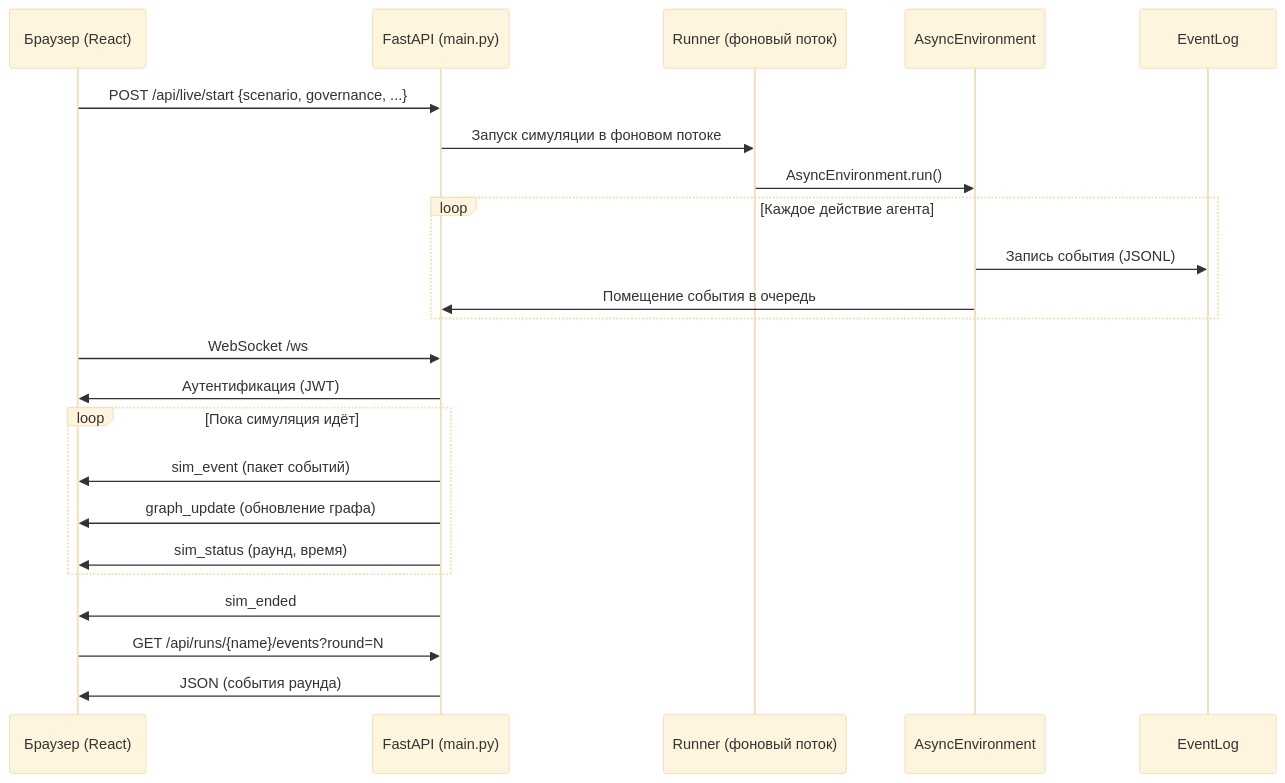
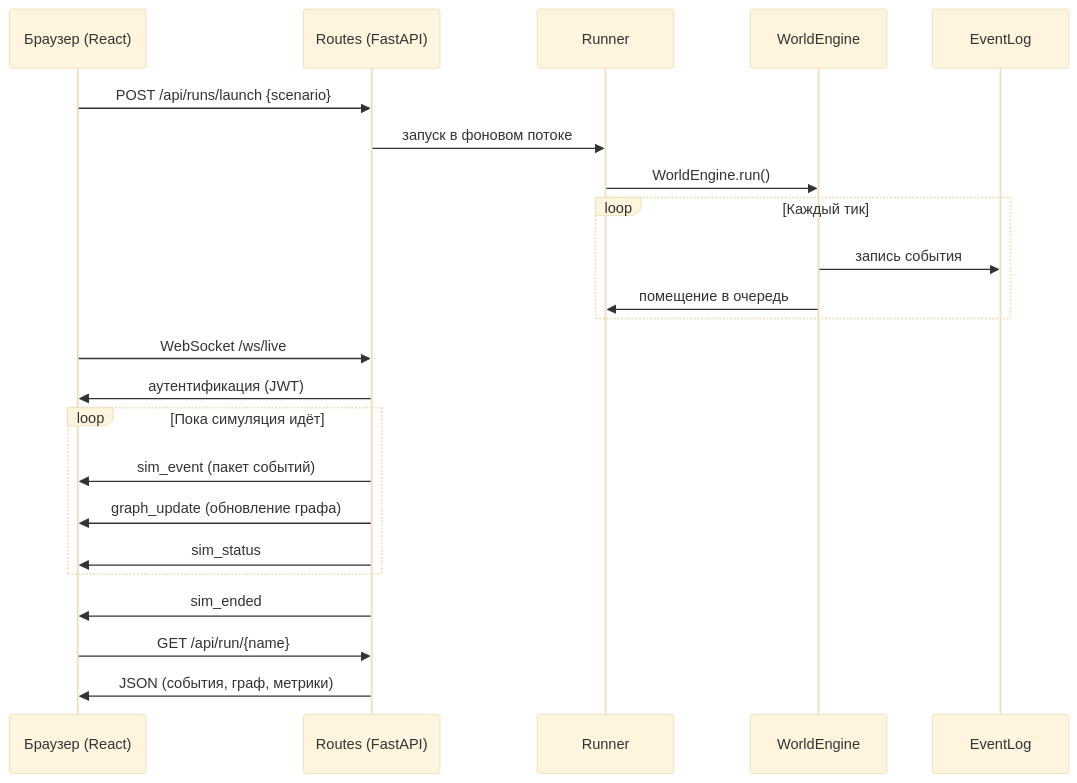
Before and after one commit to gliseop/SPHERE: the third of 3 diagrams in docs/architecture_guide.md, drawn with Mermaid (base theme). The commit also changed other lines of this file and 9 other files, not shown here.

````diff
--- a/docs/architecture_guide.md
+++ b/docs/architecture_guide.md
@@ -150,31 +162,31 @@
 ```mermaid
 sequenceDiagram
     participant Б as Браузер (React)
-    participant С as FastAPI (main.py)
-    participant Р as Runner (фоновый поток)
-    participant Д as AsyncEnvironment
-    participant Ж as EventLog
+    participant R as Routes (FastAPI)
+    participant Run as Runner
+    participant E as WorldEngine
+    participant EL as EventLog
 
-    Б->>С: POST /api/live/start {scenario, governance, ...}
-    С->>Р: Запуск симуляции в фоновом потоке
-    Р->>Д: AsyncEnvironment.run()
+    Б->>R: POST /api/runs/launch {scenario}
+    R->>Run: запуск в фоновом потоке
+    Run->>E: WorldEngine.run()
 
-    loop Каждое действие агента
-        Д->>Ж: Запись события (JSONL)
-        Д->>С: Помещение события в очередь
+    loop Каждый тик
+        E->>EL: запись события
+        E->>Run: помещение в очередь
     end
 
-    Б->>С: WebSocket /ws
-    С->>Б: Аутентификация (JWT)
+    Б->>R: WebSocket /ws/live
+    R->>Б: аутентификация (JWT)
 
     loop Пока симуляция идёт
-        С->>Б: sim_event (пакет событий)
-        С->>Б: graph_update (обновление графа)
-        С->>Б: sim_status (раунд, время)
+        R->>Б: sim_event (пакет событий)
+        R->>Б: graph_update (обновление графа)
+        R->>Б: sim_status
     end
 
-    С->>Б: sim_ended
+    R->>Б: sim_ended
 
-    Б->>С: GET /api/runs/{name}/events?round=N
-    С->>Б: JSON (события раунда)
+    Б->>R: GET /api/run/{name}
+    R->>Б: JSON (события, граф, метрики)
 ```
````
